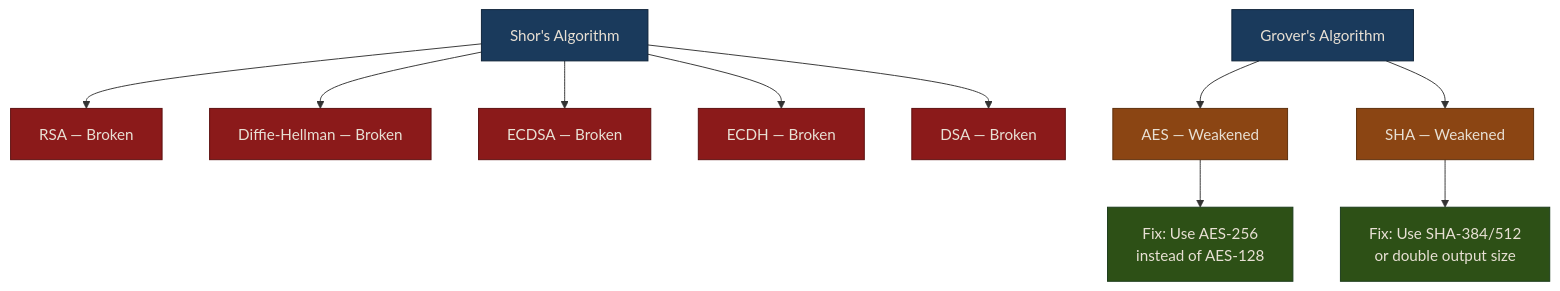
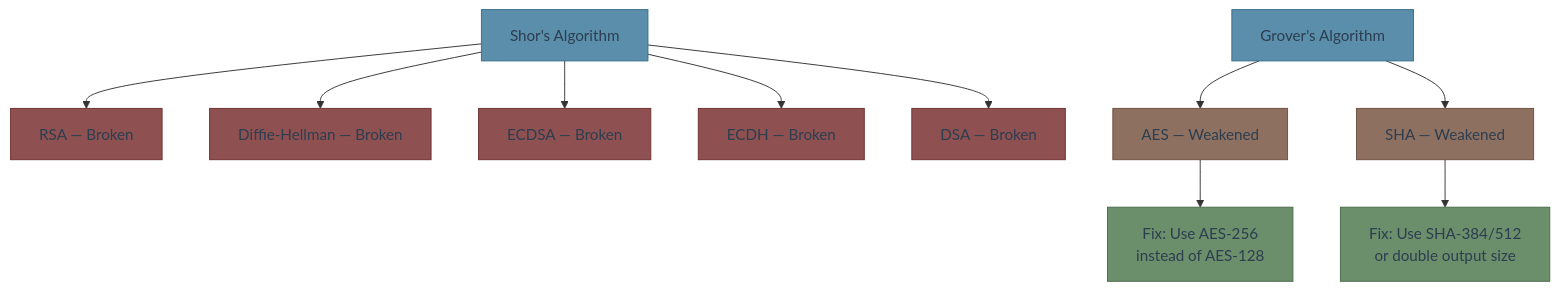
The first of 3 diagrams in 01-why-pqc.md (MichaelTien8901/pqc-engineering-guide), drawn with Mermaid before and after one commit. The commit also changed other lines of this file and 8 other files, not shown here.

First line of the commit message:
Fix Mermaid paper-like styling matching reference project

````diff
--- a/01-why-pqc.md
+++ b/01-why-pqc.md
@@ -20,24 +20,24 @@
 ```mermaid
 flowchart TD
     SHOR[Shor's Algorithm] --> RSA[RSA — Broken]
     SHOR --> DH[Diffie-Hellman — Broken]
     SHOR --> ECDSA[ECDSA — Broken]
     SHOR --> ECDH[ECDH — Broken]
     SHOR --> DSA[DSA — Broken]
 
     GROVER[Grover's Algorithm] --> AES[AES — Weakened]
     GROVER --> SHA[SHA — Weakened]
 
     AES --> FIX1[Fix: Use AES-256<br/>instead of AES-128]
     SHA --> FIX2[Fix: Use SHA-384/512<br/>or double output size]
 
-    classDef broken fill:#8b1a1a,stroke:#5a0d0d,color:#e8e0d4
-    classDef weakened fill:#8b4513,stroke:#5a2d0a,color:#e8e0d4
-    classDef fix fill:#2d5016,stroke:#1a3a1a,color:#e8e0d4
-    classDef algo fill:#1a3a5c,stroke:#0d2137,color:#e8e0d4
+    classDef broken fill:#8e5050,stroke:#6e3030,color:#2c3e50
+    classDef weakened fill:#8e7060,stroke:#6e5040,color:#2c3e50
+    classDef fix fill:#6b8e6b,stroke:#4a6a4a,color:#2c3e50
+    classDef algo fill:#5a8eaa,stroke:#3a6e8a,color:#2c3e50
 
     class SHOR,GROVER algo
     class RSA,DH,ECDSA,ECDH,DSA broken
     class AES,SHA weakened
     class FIX1,FIX2 fix
 ```
````
